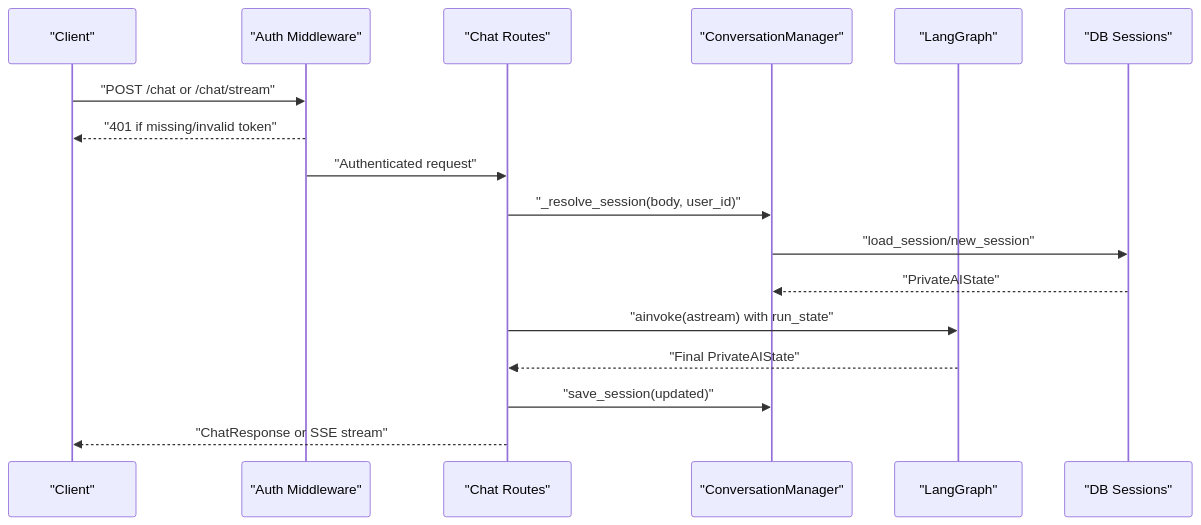
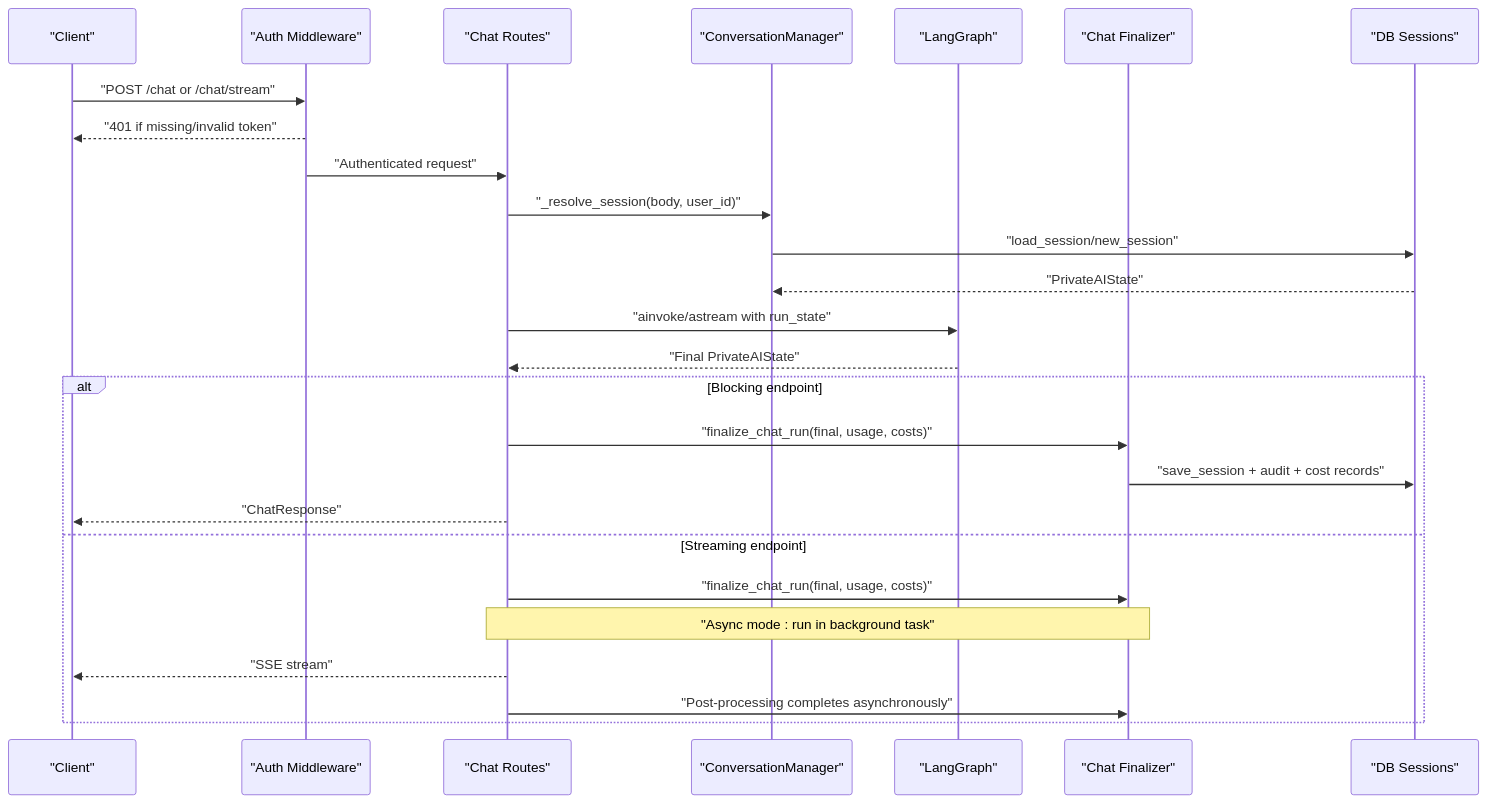
Before and after one commit to genes8/private-ai: the second of 7 diagrams in .qoder/repowiki/en/content/Backend Development/API Endpoints/Chat Endpoints.md, drawn with Mermaid. The commit also changed other lines of this file and 12 other files, not shown here.

````diff
--- a/.qoder/repowiki/en/content/Backend Development/API Endpoints/Chat Endpoints.md
+++ b/.qoder/repowiki/en/content/Backend Development/API Endpoints/Chat Endpoints.md
@@ -129,19 +151,28 @@
 ```mermaid
 sequenceDiagram
 participant Client as "Client"
 participant Auth as "Auth Middleware"
 participant Routes as "Chat Routes"
 participant Conv as "ConversationManager"
 participant Graph as "LangGraph"
+participant Finalizer as "Chat Finalizer"
 participant DB as "DB Sessions"
 Client->>Auth : "POST /chat or /chat/stream"
 Auth-->>Client : "401 if missing/invalid token"
 Auth->>Routes : "Authenticated request"
 Routes->>Conv : "_resolve_session(body, user_id)"
 Conv->>DB : "load_session/new_session"
 DB-->>Conv : "PrivateAIState"
-Routes->>Graph : "ainvoke(astream) with run_state"
+Routes->>Graph : "ainvoke/astream with run_state"
 Graph-->>Routes : "Final PrivateAIState"
-Routes->>Conv : "save_session(updated)"
-Routes-->>Client : "ChatResponse or SSE stream"
+alt Blocking endpoint
+Routes->>Finalizer : "finalize_chat_run(final, usage, costs)"
+Finalizer->>DB : "save_session + audit + cost records"
+Routes-->>Client : "ChatResponse"
+else Streaming endpoint
+Routes->>Finalizer : "finalize_chat_run(final, usage, costs)"
+Note over Routes,Finalizer : "Async mode : run in background task"
+Routes-->>Client : "SSE stream"
+Routes->>Finalizer : "Post-processing completes asynchronously"
+end
 ```
````
